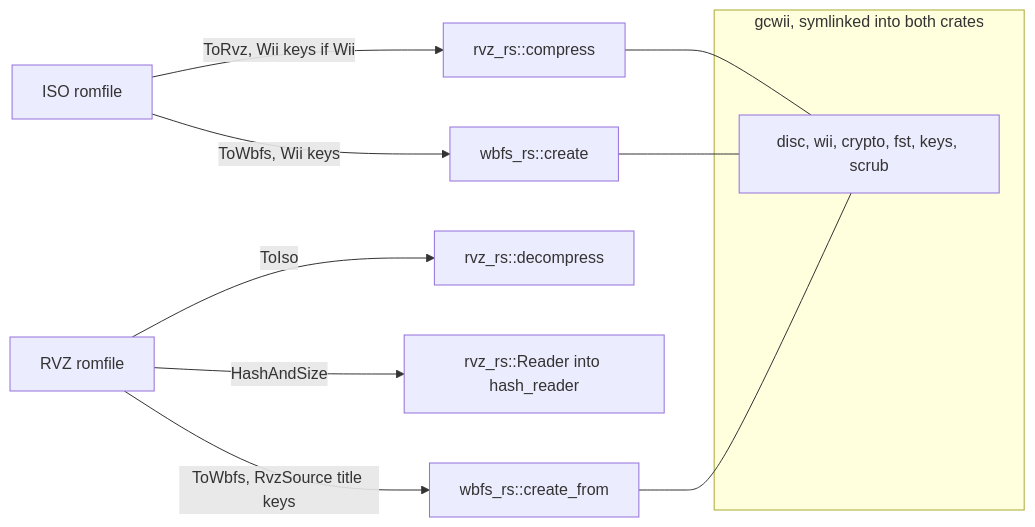
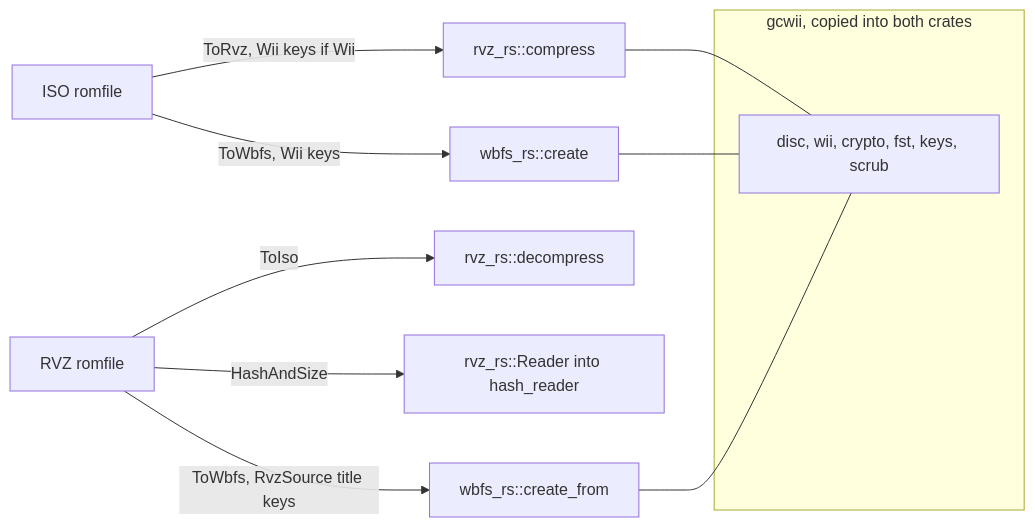
The diagram in openwiki/concepts/gamecube-wii-formats-rvz-wbfs-gcwii.md (alucryd/oxyromon), drawn with Mermaid before and after one commit. The commit also changed other lines of this file and 17 other files, not shown here.

````diff
--- a/openwiki/concepts/gamecube-wii-formats-rvz-wbfs-gcwii.md
+++ b/openwiki/concepts/gamecube-wii-formats-rvz-wbfs-gcwii.md
@@ -191,14 +196,14 @@
 ```mermaid
 flowchart LR
   ISO["ISO romfile"] -->|"ToRvz, Wii keys if Wii"| RVZC["rvz_rs::compress"]
   RVZ["RVZ romfile"] -->|"ToIso"| RVZD["rvz_rs::decompress"]
   RVZ -->|"HashAndSize"| READER["rvz_rs::Reader into hash_reader"]
   ISO -->|"ToWbfs, Wii keys"| WC["wbfs_rs::create"]
   RVZ -->|"ToWbfs, RvzSource title keys"| WCF["wbfs_rs::create_from"]
-  subgraph embedded["gcwii, symlinked into both crates"]
+  subgraph embedded["gcwii, copied into both crates"]
     DISC["disc, wii, crypto, fst, keys, scrub"]
   end
   RVZC --- DISC
   WC --- DISC
   WCF --- DISC
 ```
````
